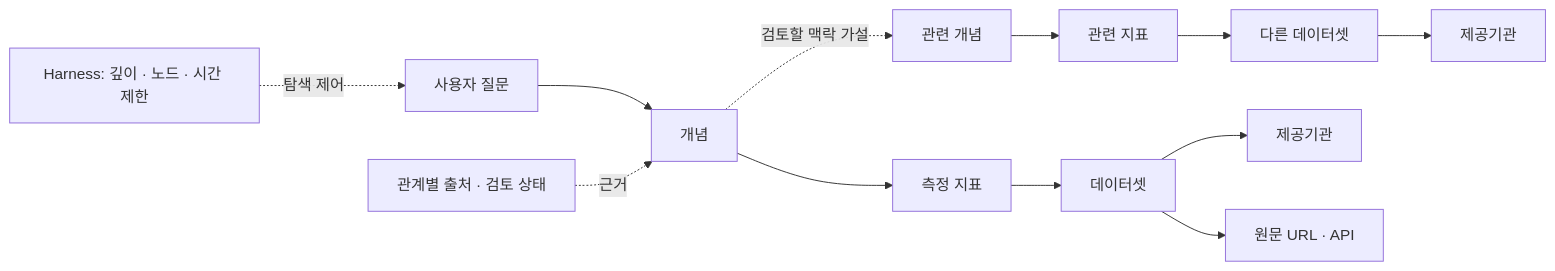
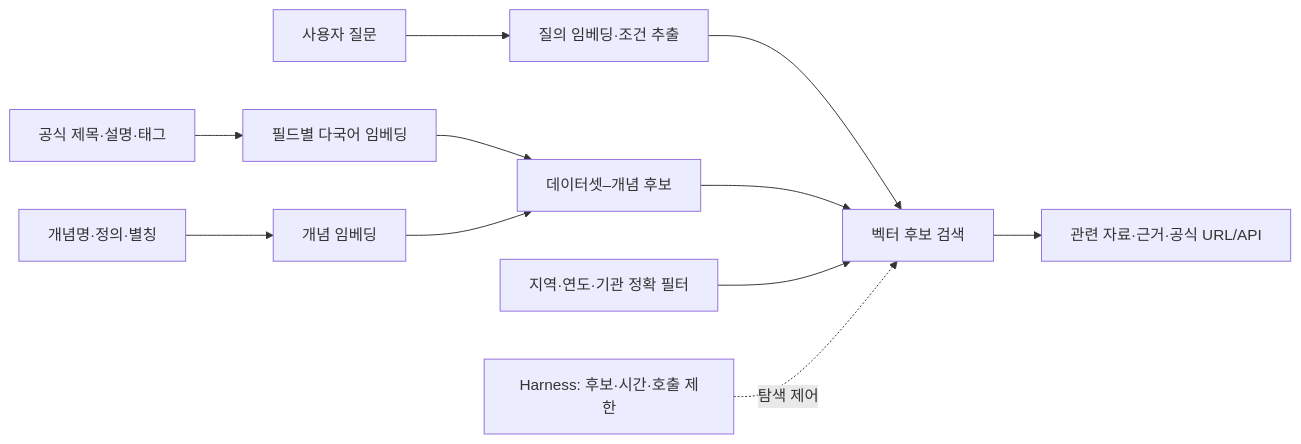
One commit to chlsuun/public-data-ontology changed the diagram in README.md. Above: the diagram before and after it, drawn with Mermaid. The commit also changed other lines of this file and 10 other files, not shown here.

Commit message:
Adopt metadata semantic retrieval architecture

````diff
--- a/README.md
+++ b/README.md
@@ -33,14 +39,13 @@
 ```mermaid
 flowchart LR
-  Q[사용자 질문] --> C[개념]
-  C --> I[측정 지표]
-  C -. 검토할 맥락 가설 .-> C2[관련 개념]
-  C2 --> I2[관련 지표]
-  I --> D[데이터셋]
-  I2 --> D2[다른 데이터셋]
-  D --> P[제공기관]
-  D2 --> P2[제공기관]
-  D --> U[원문 URL · API]
-  E[관계별 출처 · 검토 상태] -. 근거 .-> C
-  H[Harness: 깊이 · 노드 · 시간 제한] -. 탐색 제어 .-> Q
+  M[공식 제목·설명·태그] --> E[필드별 다국어 임베딩]
+  C[개념명·정의·별칭] --> CE[개념 임베딩]
+  E --> L[데이터셋–개념 후보]
+  CE --> L
+  Q[사용자 질문] --> QE[질의 임베딩·조건 추출]
+  QE --> R[벡터 후보 검색]
+  L --> R
+  F[지역·연도·기관 정확 필터] --> R
+  R --> U[관련 자료·근거·공식 URL/API]
+  H[Harness: 후보·시간·호출 제한] -. 탐색 제어 .-> R
 ```
````
